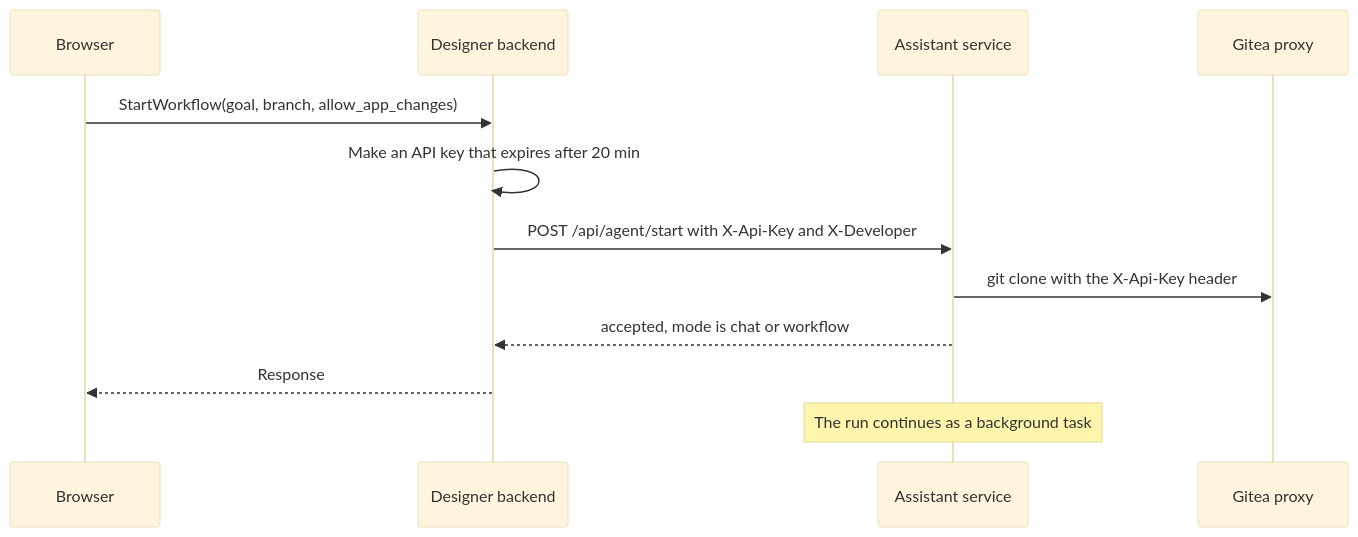
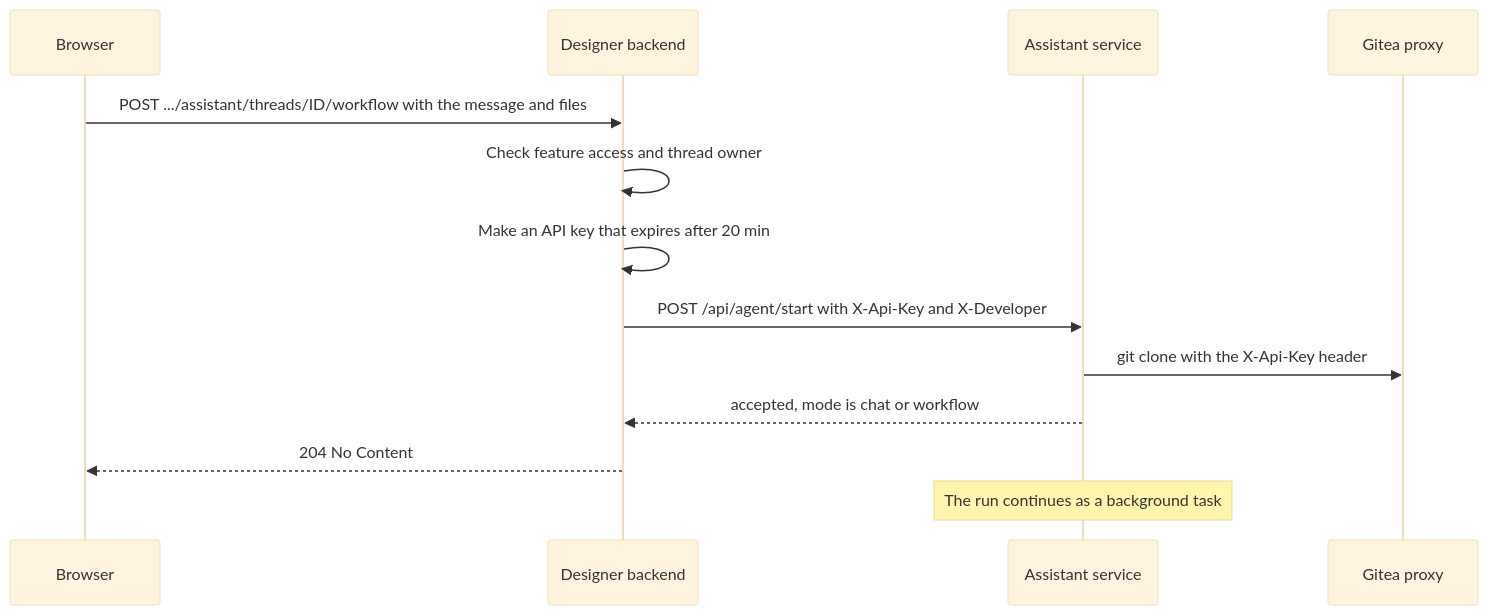
The fourth of 9 diagrams in src/AI/assistant/docs/2-system-context.md (Altinn/altinn-studio), drawn with Mermaid (base theme) before and after one commit. The commit also changed other lines of this file and 60 other files, not shown here.

````diff
--- a/src/AI/assistant/docs/2-system-context.md
+++ b/src/AI/assistant/docs/2-system-context.md
@@ -63,14 +64,15 @@
 ```mermaid
 sequenceDiagram
   participant B as Browser
   participant D as Designer backend
   participant A as Assistant service
   participant G as Gitea proxy
-  B->>D: StartWorkflow(goal, branch, allow_app_changes)
+  B->>D: POST .../assistant/threads/ID/workflow with the message and files
+  D->>D: Check feature access and thread owner
   D->>D: Make an API key that expires after 20 min
   D->>A: POST /api/agent/start with X-Api-Key and X-Developer
   A->>G: git clone with the X-Api-Key header
   A-->>D: accepted, mode is chat or workflow
-  D-->>B: Response
+  D-->>B: 204 No Content
   Note over A: The run continues as a background task
 ```
````
